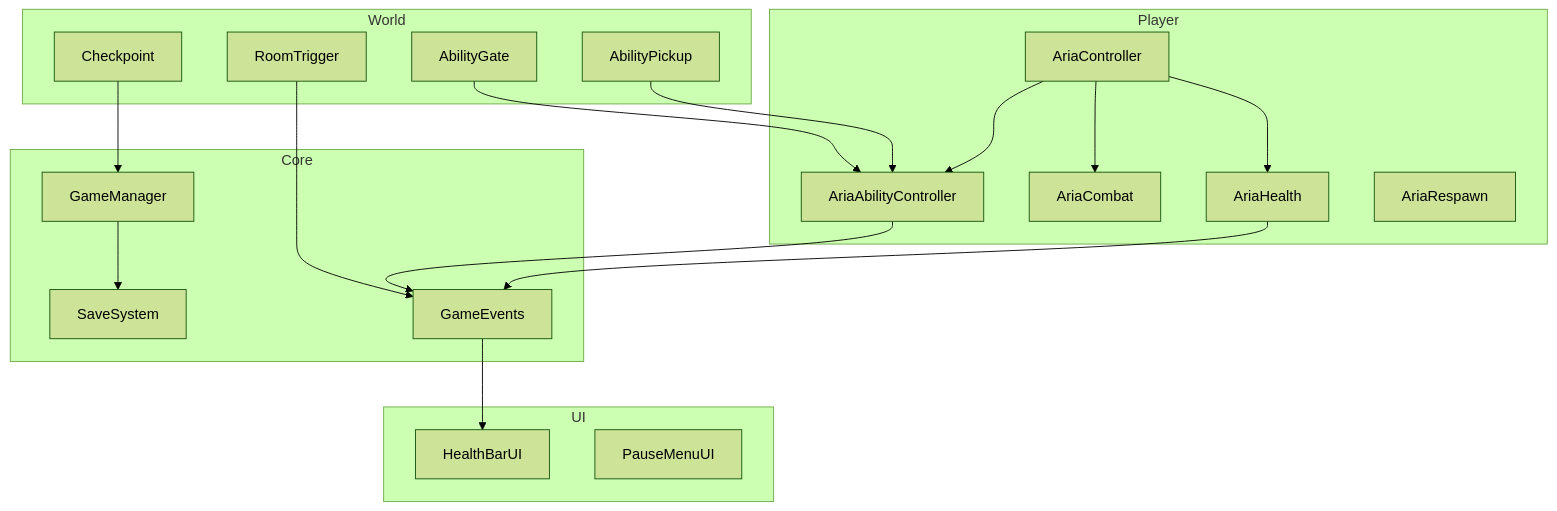
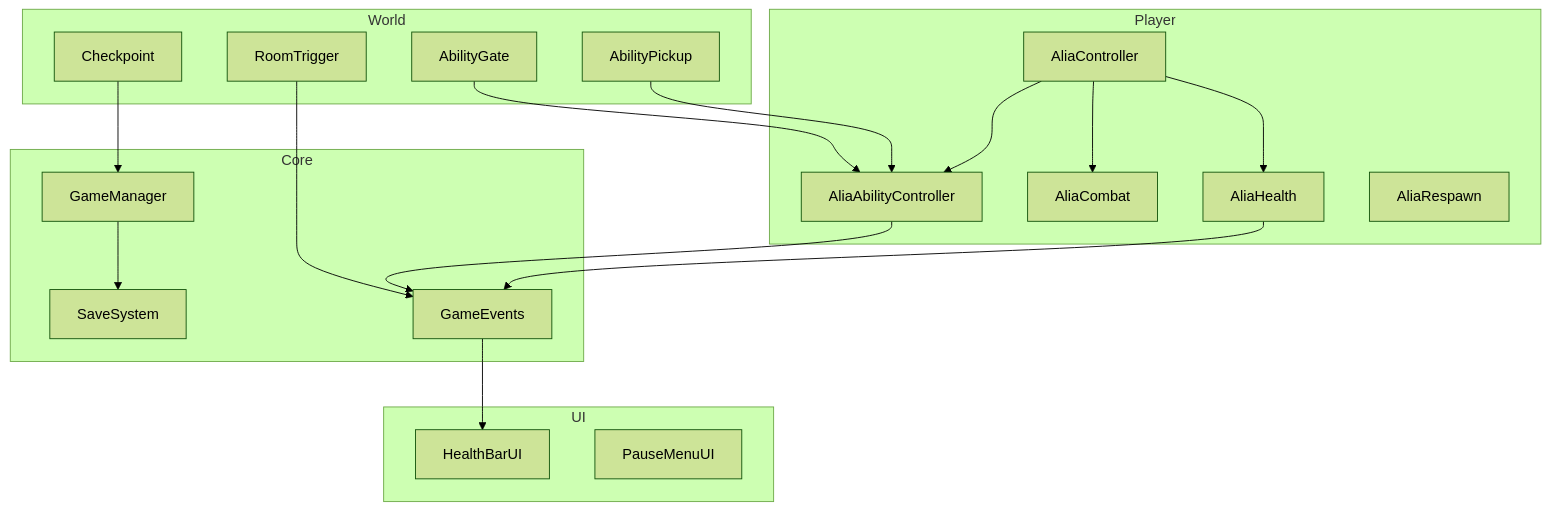
The diagram in docs/ARCHITECTURE.md (richardrojascid/JudgmentOfTheFallenWing), drawn with Mermaid (forest theme) before and after one commit. The commit also changed other lines of this file and 11 other files, not shown here.

First line of the commit message:
fix: renombrar protagonista de ARIA a ALIA

````diff
--- a/docs/ARCHITECTURE.md
+++ b/docs/ARCHITECTURE.md
@@ -7,40 +7,40 @@
 ```mermaid
 flowchart TB
     subgraph Core
         GM[GameManager]
         SS[SaveSystem]
         GE[GameEvents]
     end
 
     subgraph Player
-        AC[AriaController]
-        AH[AriaHealth]
-        ACo[AriaCombat]
-        AAb[AriaAbilityController]
-        AR[AriaRespawn]
+        AC[AliaController]
+        AH[AliaHealth]
+        ACo[AliaCombat]
+        AAb[AliaAbilityController]
+        AR[AliaRespawn]
     end
 
     subgraph World
         CP[Checkpoint]
         AG[AbilityGate]
         AP[AbilityPickup]
         RT[RoomTrigger]
     end
 
     subgraph UI
         HB[HealthBarUI]
         PM[PauseMenuUI]
     end
 
     AC --> AAb
     AC --> AH
     AC --> ACo
     AH --> GE
     AAb --> GE
     CP --> GM
     AP --> AAb
     AG --> AAb
     RT --> GE
     GE --> HB
     GM --> SS
 ```
````
